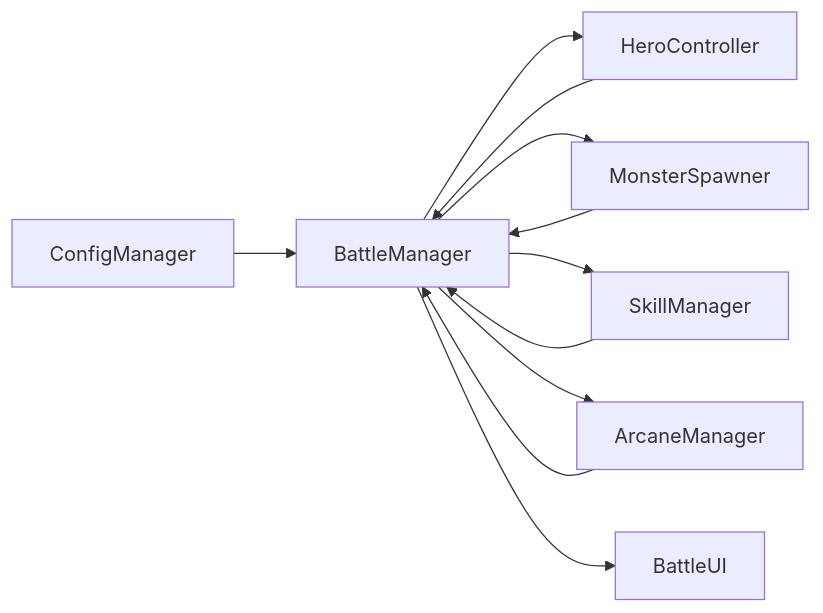
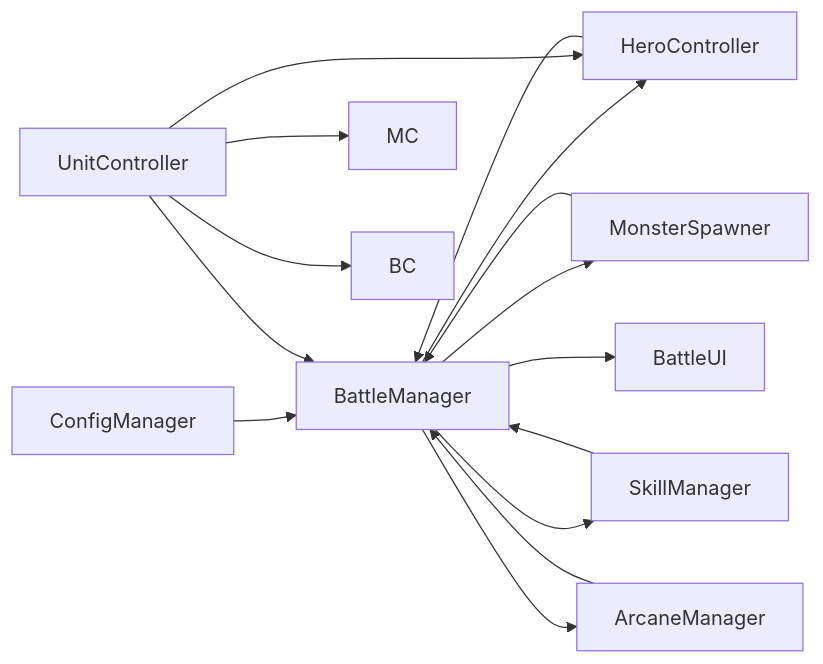
One commit to Tuusen/p1_client changed the sixth of 6 diagrams in .qoder/repowiki/zh/content/战斗系统/战斗管理器.md. Above: the diagram before and after it, drawn with Mermaid. The commit also changed other lines of this file and 36 other files, not shown here.

````diff
--- a/.qoder/repowiki/zh/content/战斗系统/战斗管理器.md
+++ b/.qoder/repowiki/zh/content/战斗系统/战斗管理器.md
@@ -388,13 +459,17 @@
 ```mermaid
 graph LR
 CM["ConfigManager"] --> BM["BattleManager"]
 BM --> HC["HeroController"]
 BM --> MS["MonsterSpawner"]
 BM --> SM["SkillManager"]
 BM --> AM["ArcaneManager"]
 BM --> UI["BattleUI"]
 HC --> BM
 MS --> BM
 SM --> BM
 AM --> BM
+UC["UnitController"] --> BM
+UC --> HC
+UC --> MC
+UC --> BC
 ```
````
